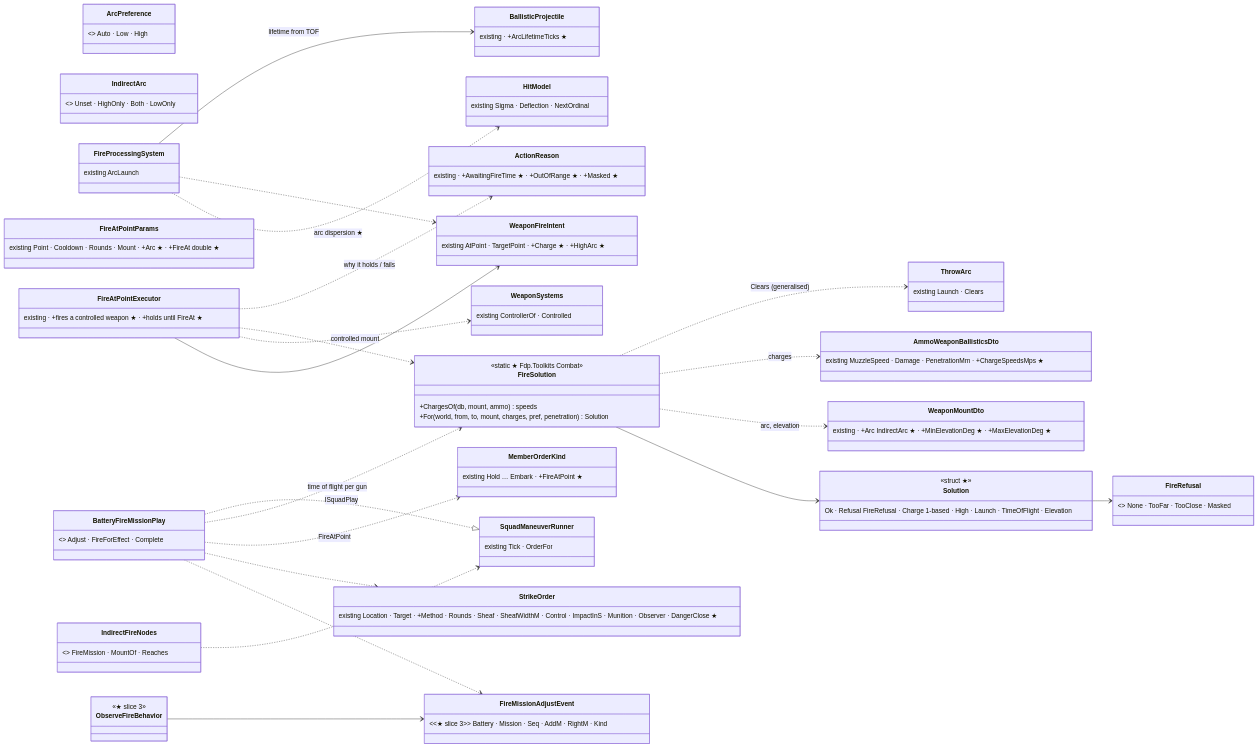
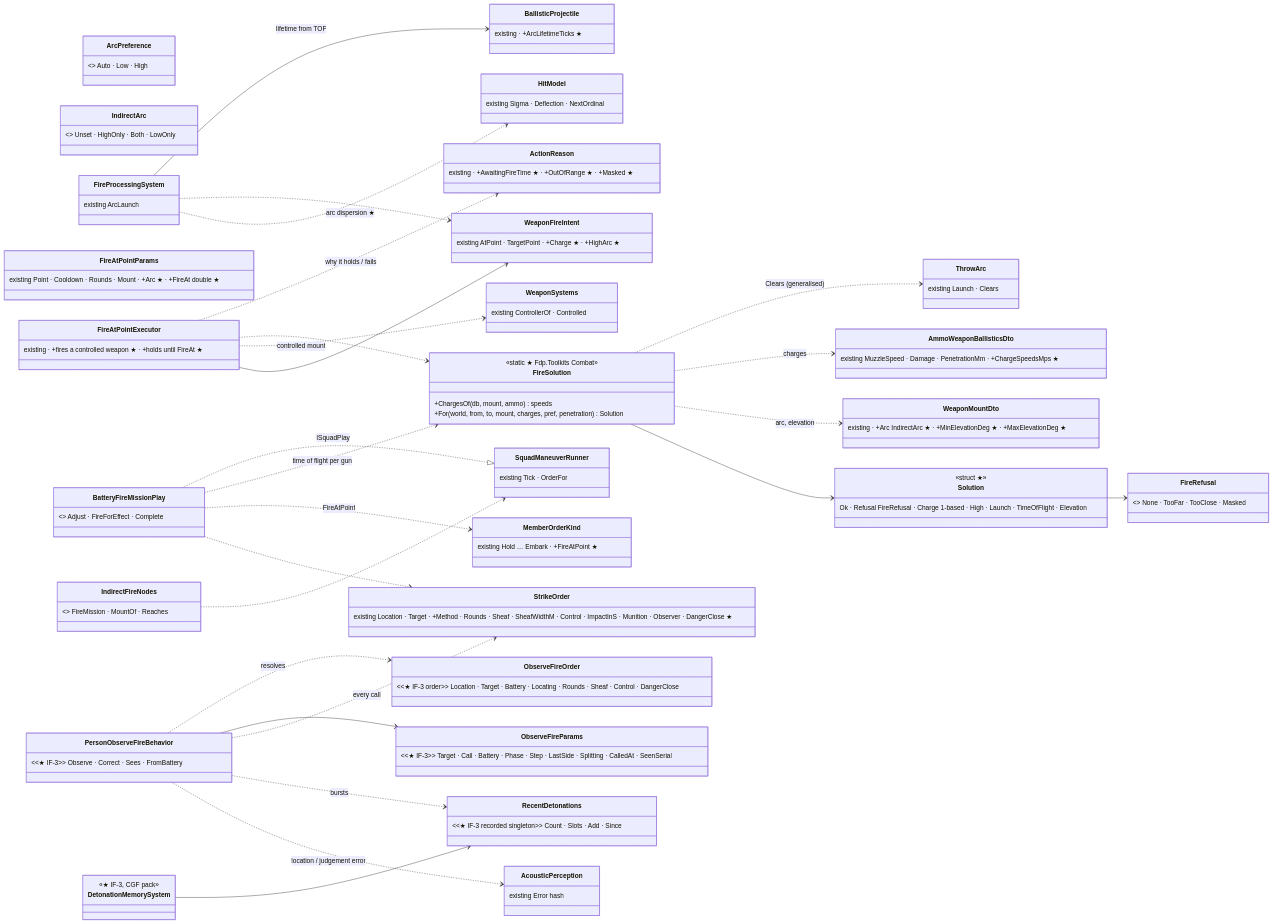
One commit to pjanec/HROT changed the second of 5 diagrams in docs/designs/indirect-fire/DESIGN_Indirect_Fire.md. Above: the diagram before and after it, drawn with Mermaid. The commit also changed other lines of this file and 13 other files, not shown here.

First line of the commit message:
feat(indirect-fire): IF-3 — the forward observer and adjust fire (CE-2176)

````diff
--- a/docs/designs/indirect-fire/DESIGN_Indirect_Fire.md
+++ b/docs/designs/indirect-fire/DESIGN_Indirect_Fire.md
@@ -106,54 +110,62 @@
 ```mermaid
 classDiagram
   direction LR
   class FireSolution {
     <<static ★ Fdp.Toolkits Combat>>
     +ChargesOf(db, mount, ammo) speeds
     +For(world, from, to, mount, charges, pref, penetration) Solution
   }
   class Solution {
     <<struct ★>>
     Ok · Refusal FireRefusal · Charge 1-based · High · Launch · TimeOfFlight · Elevation
   }
   class ArcPreference { <<enum ★>> Auto · Low · High }
   class FireRefusal { <<enum ★>> None · TooFar · TooClose · Masked }
   class IndirectArc { <<enum ★>> Unset · HighOnly · Both · LowOnly }
   class ActionReason { existing · +AwaitingFireTime ★ · +OutOfRange ★ · +Masked ★ }
   class BallisticProjectile { existing · +ArcLifetimeTicks ★ }
   class WeaponMountDto { existing · +Arc IndirectArc ★ · +MinElevationDeg ★ · +MaxElevationDeg ★ }
   class AmmoWeaponBallisticsDto { existing MuzzleSpeed · Damage · PenetrationMm · +ChargeSpeedsMps ★ }
   class ThrowArc { existing Launch · Clears }
   class HitModel { existing Sigma · Deflection · NextOrdinal }
   class WeaponFireIntent { existing AtPoint · TargetPoint · +Charge ★ · +HighArc ★ }
   class FireProcessingSystem { existing ArcLaunch }
   class FireAtPointParams { existing Point · Cooldown · Rounds · Mount · +Arc ★ · +FireAt double ★ }
   class FireAtPointExecutor { existing · +fires a controlled weapon ★ · +holds until FireAt ★ }
   class StrikeOrder { existing Location · Target · +Method · Rounds · Sheaf · SheafWidthM · Control · ImpactInS · Munition · Observer · DangerClose ★ }
   class BatteryFireMissionPlay { <<ISquadPlay ★>> Adjust · FireForEffect · Complete }
   class SquadManeuverRunner { existing Tick · OrderFor }
   class MemberOrderKind { existing Hold … Embark · +FireAtPoint ★ }
   class IndirectFireNodes { <<static ★ behaviors>> FireMission · MountOf · Reaches }
-  class ObserveFireBehavior { <<★ slice 3>> }
-  class FireMissionAdjustEvent { <<★ slice 3>> Battery · Mission · Seq · AddM · RightM · Kind }
+  class PersonObserveFireBehavior { <<★ IF-3>> Observe · Correct · Sees · FromBattery }
+  class ObserveFireOrder { <<★ IF-3 order>> Location · Target · Battery · Locating · Rounds · Sheaf · Control · DangerClose }
+  class ObserveFireParams { <<★ IF-3>> Target · Call · Battery · Phase · Step · LastSide · Splitting · CalledAt · SeenSerial }
+  class RecentDetonations { <<★ IF-3 recorded singleton>> Count · Slots · Add · Since }
+  class DetonationMemorySystem { <<★ IF-3, CGF pack>> }
+  class AcousticPerception { existing Error hash }
   class WeaponSystems { existing ControllerOf · Controlled }
 
   FireSolution ..> ThrowArc : Clears (generalised)
   FireSolution ..> AmmoWeaponBallisticsDto : charges
   FireSolution ..> WeaponMountDto : arc, elevation
   FireSolution --> Solution
   Solution --> FireRefusal
   FireAtPointExecutor ..> ActionReason : why it holds / fails
   FireProcessingSystem --> BallisticProjectile : lifetime from TOF
   FireAtPointExecutor ..> FireSolution
   FireAtPointExecutor ..> WeaponSystems : controlled mount
   FireAtPointExecutor --> WeaponFireIntent
   FireProcessingSystem ..> WeaponFireIntent
   FireProcessingSystem ..> HitModel : arc dispersion ★
   IndirectFireNodes ..> SquadManeuverRunner
   BatteryFireMissionPlay ..|> SquadManeuverRunner : ISquadPlay
   BatteryFireMissionPlay ..> FireSolution : time of flight per gun
   BatteryFireMissionPlay ..> MemberOrderKind : FireAtPoint
   BatteryFireMissionPlay ..> StrikeOrder
-  ObserveFireBehavior --> FireMissionAdjustEvent
-  BatteryFireMissionPlay ..> FireMissionAdjustEvent
+  PersonObserveFireBehavior ..> ObserveFireOrder : resolves
+  PersonObserveFireBehavior --> ObserveFireParams
+  PersonObserveFireBehavior ..> StrikeOrder : every call
+  PersonObserveFireBehavior ..> RecentDetonations : bursts
+  PersonObserveFireBehavior ..> AcousticPerception : location / judgement error
+  DetonationMemorySystem --> RecentDetonations
 ```
````
